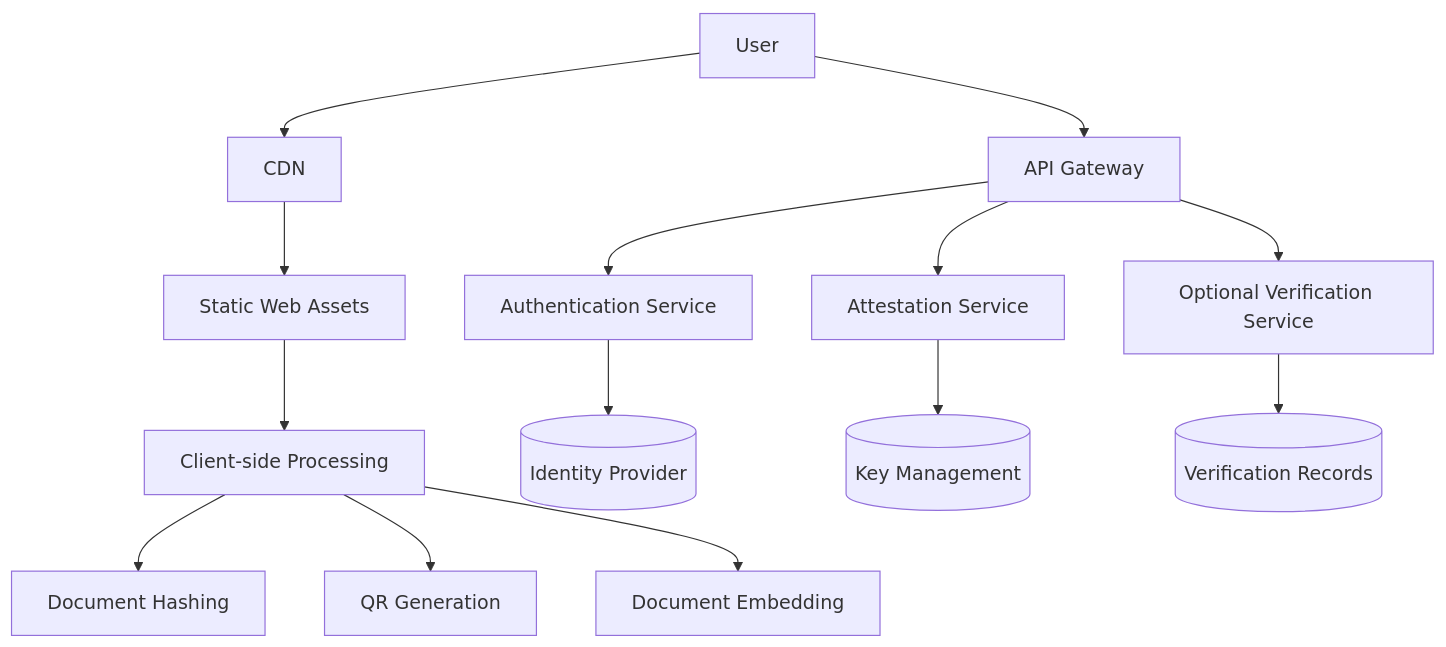
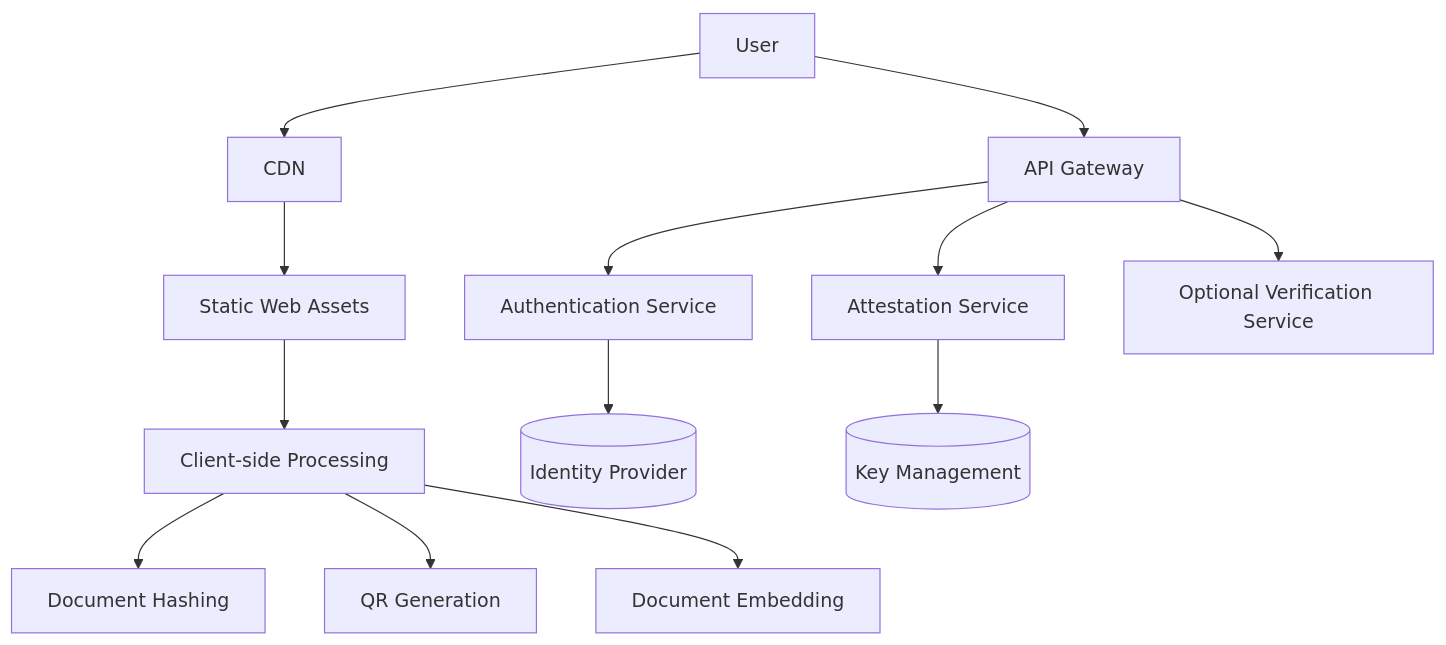
One commit to seal-codes/webapp changed the seventh of 7 diagrams in ARCHITECTURE.md. Above: the diagram before and after it, drawn with Mermaid. The commit also changed other lines of this file, not shown here.

Commit message:
Clarify minimal server-side data storage and remove verification records

````diff
--- a/ARCHITECTURE.md
+++ b/ARCHITECTURE.md
@@ -232,18 +243,17 @@
 ```mermaid
 flowchart TD
     A[User] --> B[CDN]
     B --> C[Static Web Assets]
     C --> D[Client-side Processing]
     D --> D1[Document Hashing]
     D --> D2[QR Generation]
     D --> D3[Document Embedding]
     
     A --> E[API Gateway]
     E --> F[Authentication Service]
     E --> G[Attestation Service]
     E --> H[Optional Verification Service]
     
     F --> I[(Identity Provider)]
     G --> J[(Key Management)]
-    H --> K[(Verification Records)]
 ```
````
